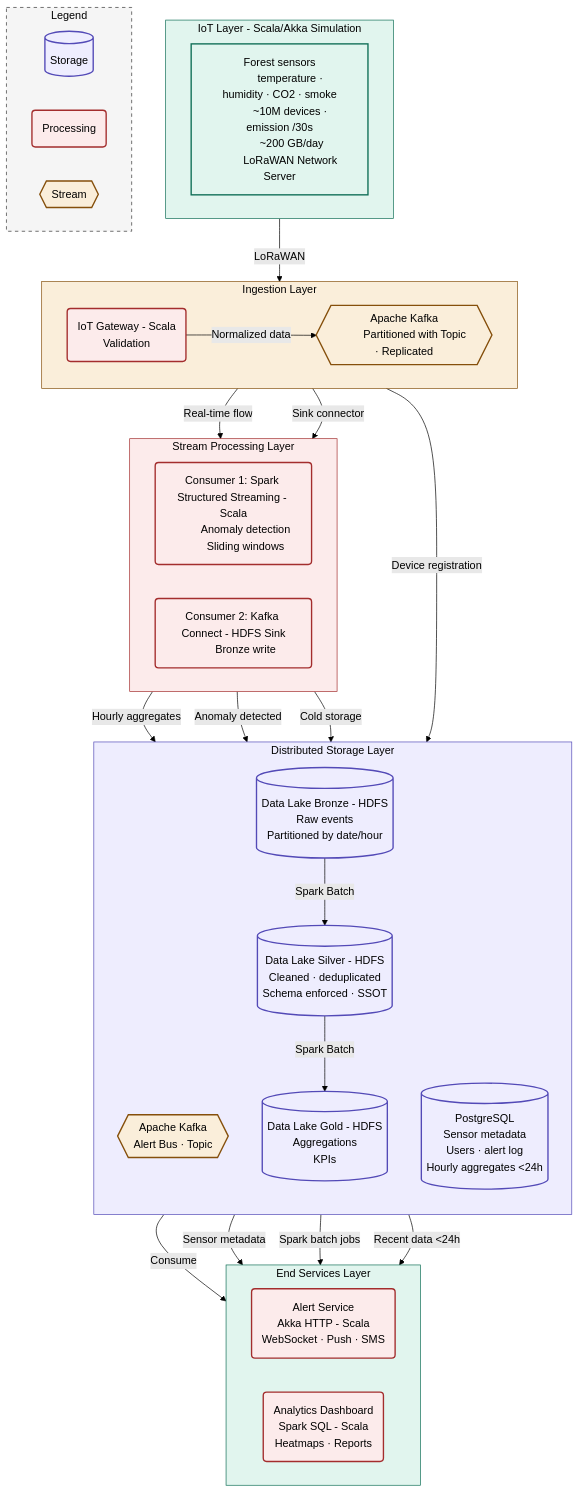
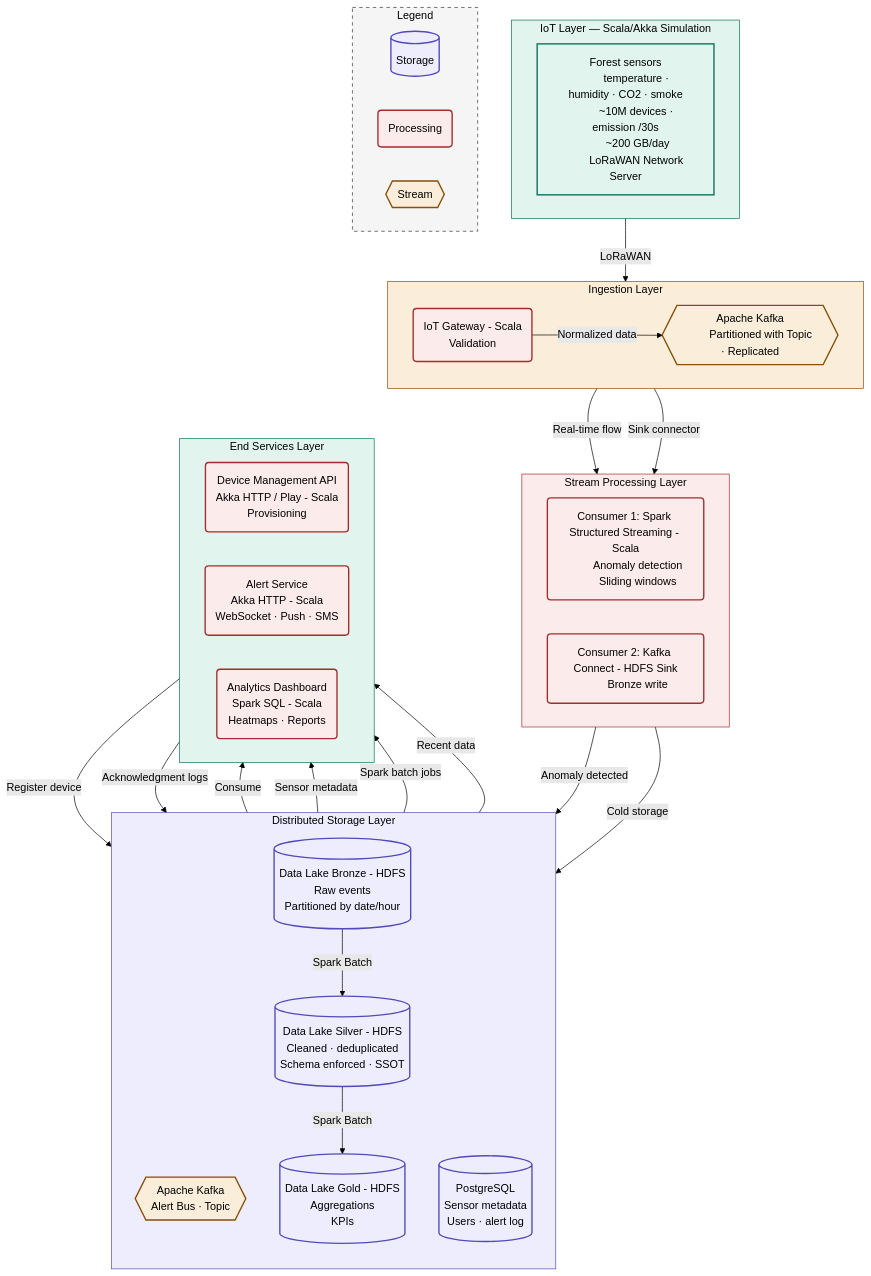
Before and after one commit to Pauwit/introduction-au-data-engineering: the diagram in README.md, drawn with Mermaid (forest theme). The commit also changed other lines of this file and 3 other files, not shown here.

Commit message:
fix: mermaid + part 1.b README

````diff
--- a/README.md
+++ b/README.md
@@ -74,6 +78,6 @@
 ```mermaid
 flowchart TB
- subgraph IOT["IoT Layer - Scala/Akka Simulation"]
+ subgraph IOT["IoT Layer — Scala/Akka Simulation"]
     direction LR
         GEN["Forest sensors
         temperature · humidity · CO2 · smoke
@@ -111,13 +115,15 @@
         KPIs")]:::storage
         PG[("PostgreSQL
         Sensor metadata
-        Users · alert log
-        Hourly aggregates &lt;24h")]:::storage
+        Users · alert log")]:::storage
         BRONZE -- Spark Batch --> SILVER
         SILVER -- Spark Batch --> GOLD
   end
  subgraph SERVICES["End Services Layer"]
     direction LR
+        PROV("Device Management API
+        Akka HTTP / Play - Scala
+        Provisioning"):::process
         ALERT("Alert Service
         Akka HTTP - Scala
         WebSocket · Push · SMS"):::process
@@ -131,18 +137,28 @@
         L_P("Processing"):::process
         L_ST{{"Stream"}}:::stream
   end
+    
+    %% Flux IoT
     GEN -- LoRaWAN --> GW
     GW -- Normalized data --> KAFKA
-    GW -- Device registration --> PG
+    
+    %% Flux Provisioning (Nouveau composant)
+    PROV -- Register device --> PG
+    
+    %% Flux Processing
     KAFKA -- Real-time flow --> C1K
     KAFKA -- Sink connector --> C2K
-    C1K -- Hourly aggregates --> PG
     C1K -- Anomaly detected --> KAFKA_ALERT
     C2K -- Cold storage --> BRONZE
+    
+    %% Flux Services & DB
     KAFKA_ALERT -- Consume --> ALERT
     PG -- Sensor metadata --> ALERT
+    ALERT -- Acknowledgment logs --> PG
+    
+    %% Flux Analytics (Découplé de PG)
     GOLD -- Spark batch jobs --> ANALYTICS
-    PG -- Recent data &lt;24h --> ANALYTICS
+    SILVER -- Recent data --> ANALYTICS
 
     classDef storage fill:#eeedfe,stroke:#534ab7,stroke-width:2px,color:#000
     classDef process fill:#fcebeb,stroke:#a32d2d,stroke-width:2px,color:#000
````
